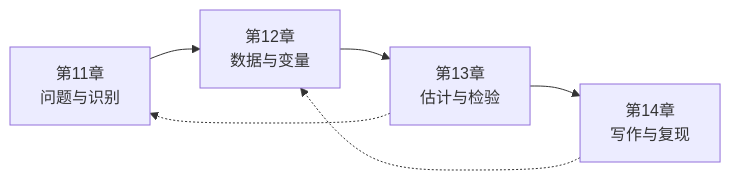
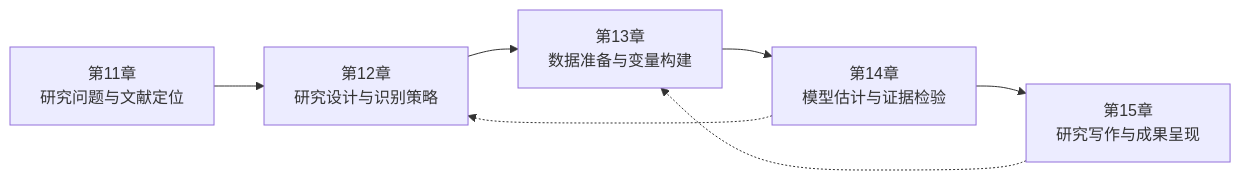
One commit to zhang-chenglei/Econometrics-course changed the diagram in textbook/part3.qmd. Above: the diagram before and after it, drawn with Mermaid. The commit also changed other lines of this file and 76 other files, not shown here.

````diff
--- a/textbook/part3.qmd
+++ b/textbook/part3.qmd
@@ -11,8 +11,9 @@
 ```mermaid
 flowchart LR
-    A["第11章<br/>问题与识别"] --> B["第12章<br/>数据与变量"]
-    B --> C["第13章<br/>估计与检验"]
-    C --> D["第14章<br/>写作与复现"]
-    C -.-> A
+    A["第11章<br/>研究问题与文献定位"] --> B["第12章<br/>研究设计与识别策略"]
+    B --> C["第13章<br/>数据准备与变量构建"]
+    C --> D["第14章<br/>模型估计与证据检验"]
+    D --> E["第15章<br/>研究写作与成果呈现"]
     D -.-> B
+    E -.-> C
 ```
````
